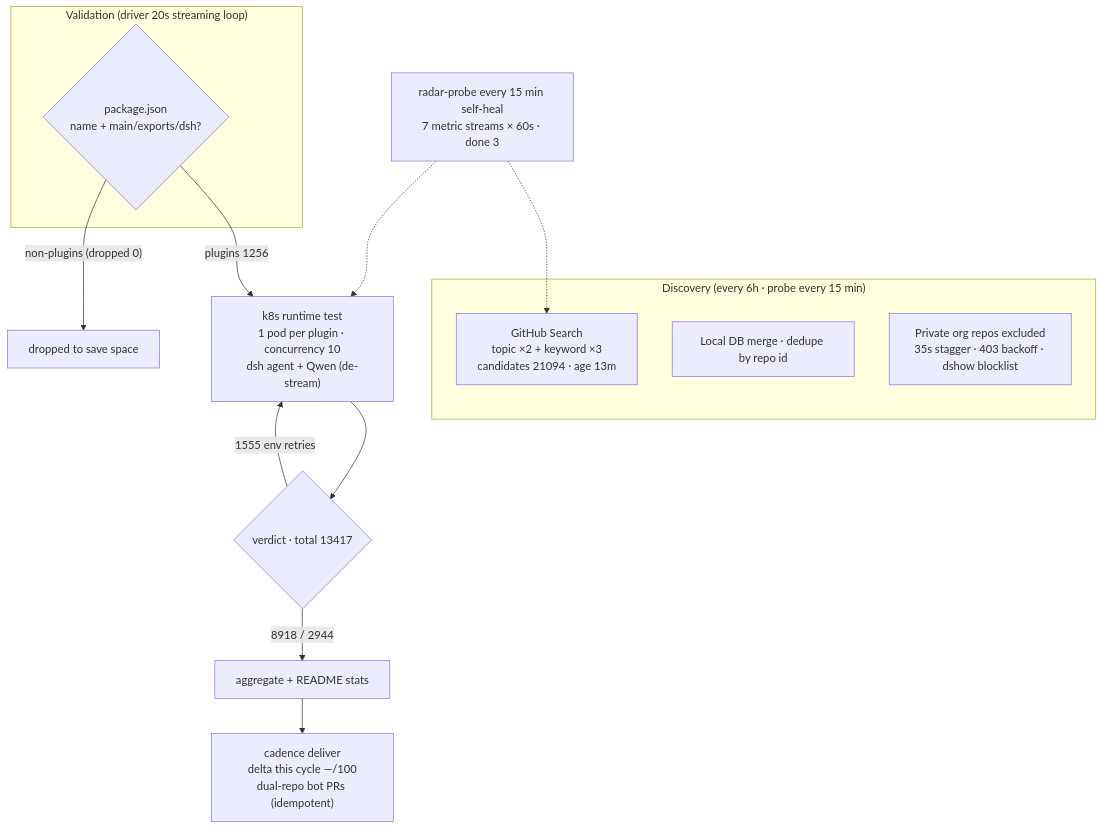
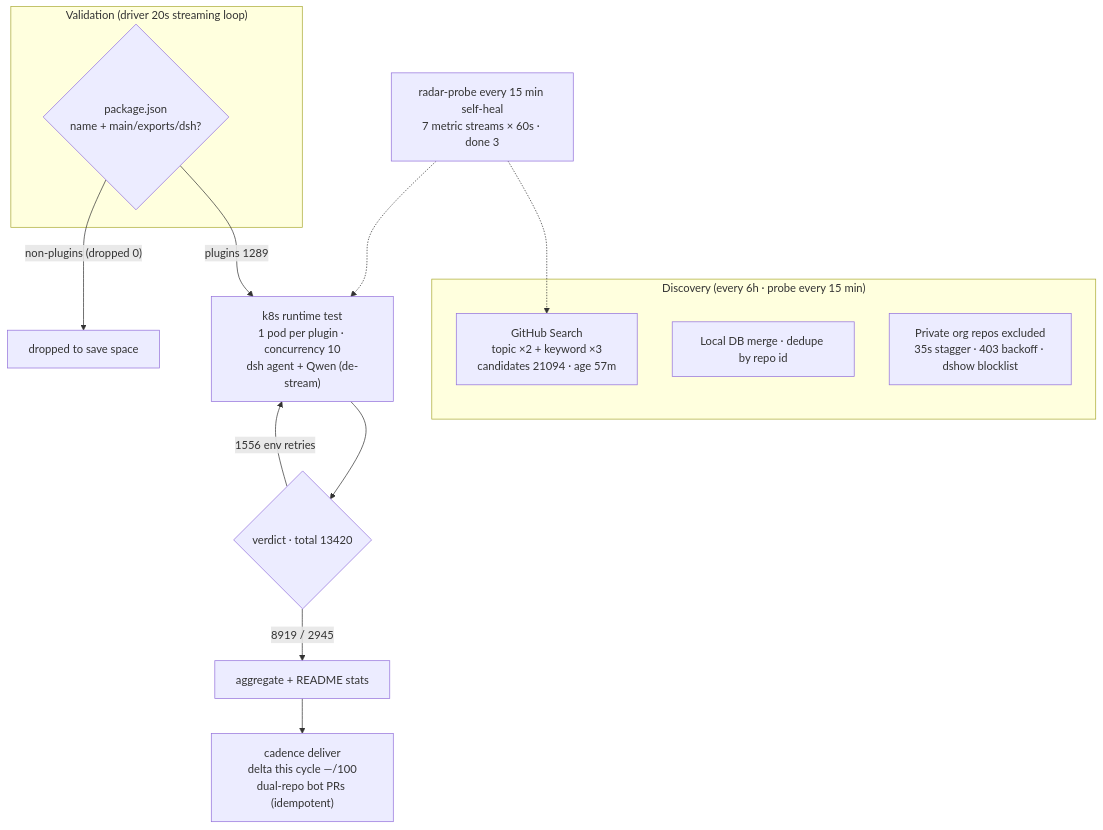
Before and after one commit to 1420079678-ctrl/dsh-plugin-radar: the diagram in README.en-US.md, drawn with Mermaid. The commit also changed other lines of this file and 12 other files, not shown here.

````diff
--- a/README.en-US.md
+++ b/README.en-US.md
@@ -45,20 +45,20 @@
 ```mermaid
 flowchart TB
     subgraph Discovery["Discovery (every 6h · probe every 15 min)"]
-        A1["GitHub Search<br/>topic ×2 + keyword ×3<br/>candidates 21094 · age 13m"]
+        A1["GitHub Search<br/>topic ×2 + keyword ×3<br/>candidates 21094 · age 57m"]
         A2["Local DB merge · dedupe by repo id"]
         A3["Private org repos excluded<br/>35s stagger · 403 backoff · dshow blocklist"]
     end
     subgraph Validation["Validation (driver 20s streaming loop)"]
         B1{"package.json<br/>name + main/exports/dsh?"}
     end
-    B1 -->|"plugins 1256"| C1["k8s runtime test<br/>1 pod per plugin · concurrency 10<br/>dsh agent + Qwen (de-stream)"]
+    B1 -->|"plugins 1289"| C1["k8s runtime test<br/>1 pod per plugin · concurrency 10<br/>dsh agent + Qwen (de-stream)"]
     B1 -->|"non-plugins (dropped 0)"| B3["dropped to save space"]
-    C1 --> D1{"verdict · total 13417"}
-    D1 -->|"8918 / 2944"| E1["aggregate + README stats"]
-    D1 -->|"1555 env retries"| C1
+    C1 --> D1{"verdict · total 13420"}
+    D1 -->|"8919 / 2945"| E1["aggregate + README stats"]
+    D1 -->|"1556 env retries"| C1
     E1 --> E2["cadence deliver<br/>delta this cycle —/100<br/>dual-repo bot PRs (idempotent)"]
     M["radar-probe every 15 min self-heal<br/>7 metric streams × 60s · done 3"]
     M -.-> A1
     M -.-> C1
 ```
````
